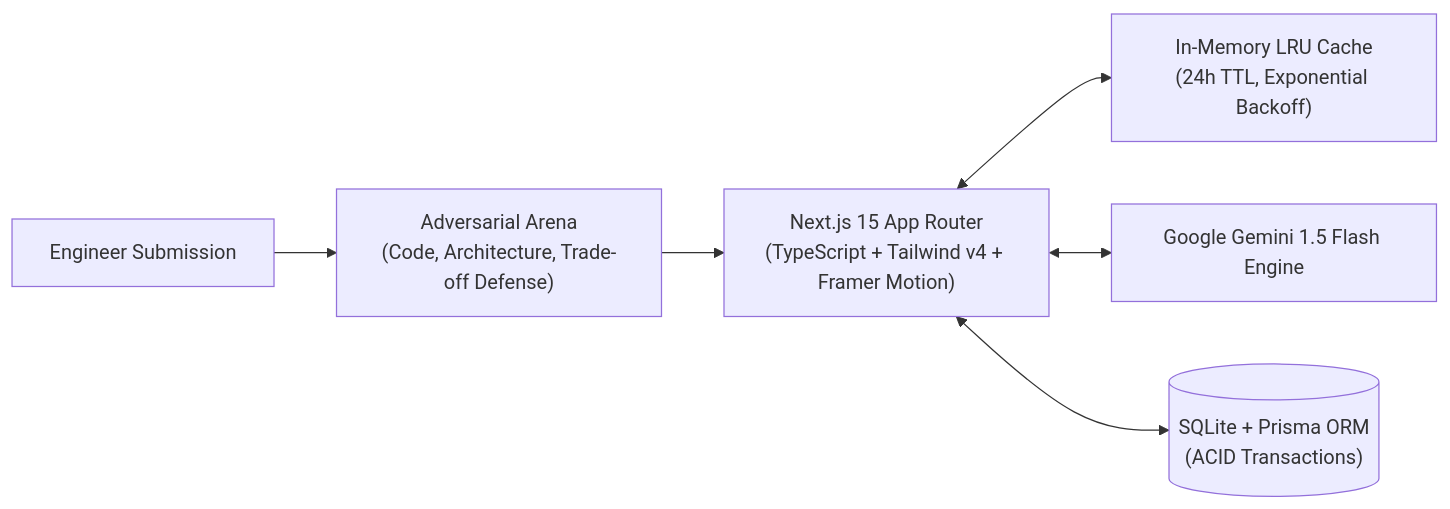
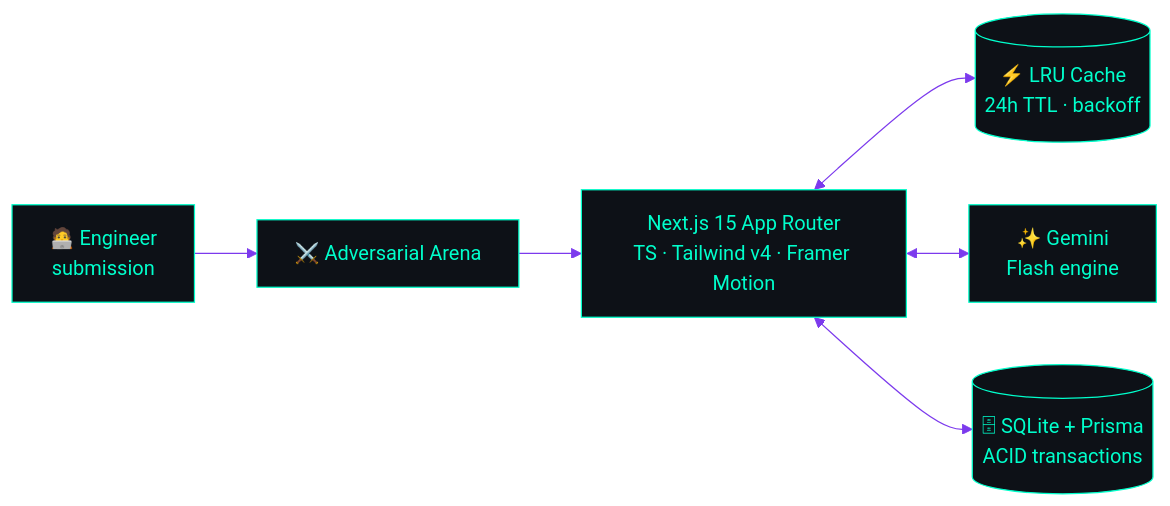
One commit to Aarish1915/Aarish1915 changed the third of 4 diagrams in README.md. Above: the diagram before and after it, drawn with Mermaid. The commit also changed other lines of this file, not shown here.

````diff
--- a/README.md
+++ b/README.md
@@ -103,8 +130,9 @@
 ```mermaid
+%%{init: {'theme':'base','themeVariables':{'primaryColor':'#0d1117','primaryTextColor':'#00ffcc','primaryBorderColor':'#00ffcc','lineColor':'#7c3aed','secondaryColor':'#161b22','tertiaryColor':'#0d1117','fontFamily':'monospace'}}}%%
 flowchart LR
-    User["Engineer Submission"] --> Arena["Adversarial Arena<br/>(Code, Architecture, Trade-off Defense)"]
-    Arena --> Core["Next.js 15 App Router<br/>(TypeScript + Tailwind v4 + Framer Motion)"]
-    Core <--> Cache["In-Memory LRU Cache<br/>(24h TTL, Exponential Backoff)"]
-    Core <--> Gemini["Google Gemini 1.5 Flash Engine"]
-    Core <--> DB[("SQLite + Prisma ORM<br/>(ACID Transactions)")]
+    U["🧑‍💻 Engineer<br/>submission"] --> A["⚔️ Adversarial Arena"]
+    A --> N["Next.js 15 App Router<br/>TS · Tailwind v4 · Framer Motion"]
+    N <--> C[("⚡ LRU Cache<br/>24h TTL · backoff")]
+    N <--> G["✨ Gemini<br/>Flash engine"]
+    N <--> D[("🗄 SQLite + Prisma<br/>ACID transactions")]
 ```
````
